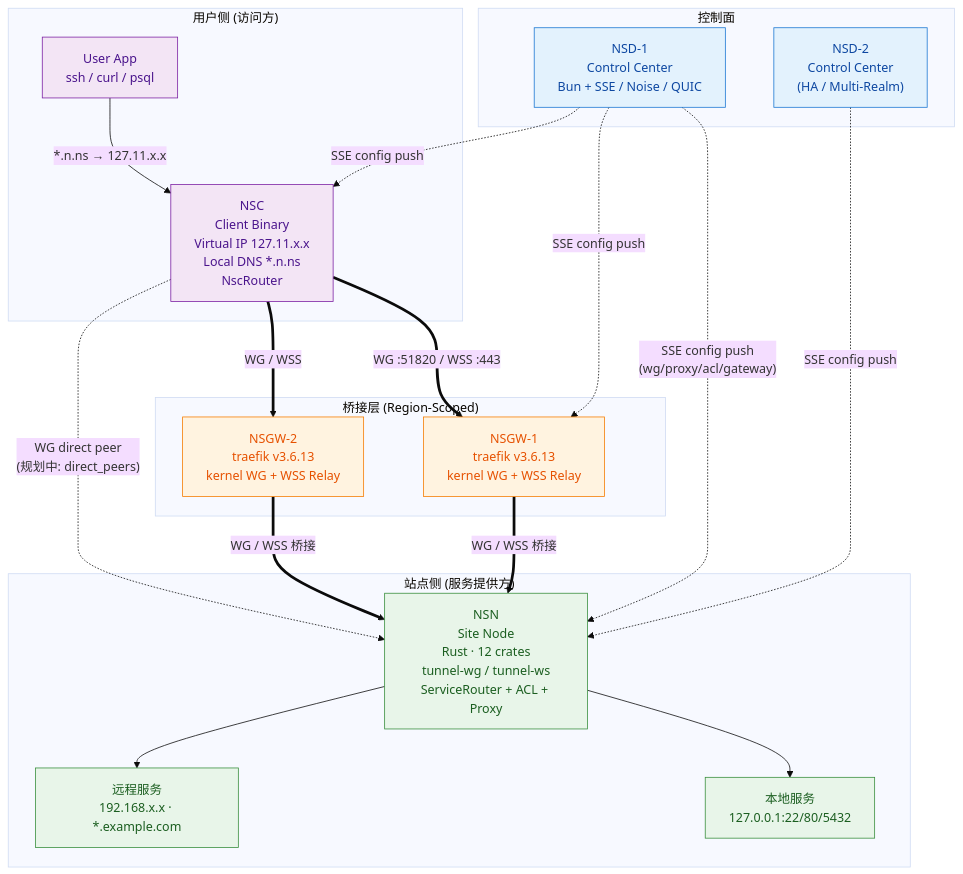
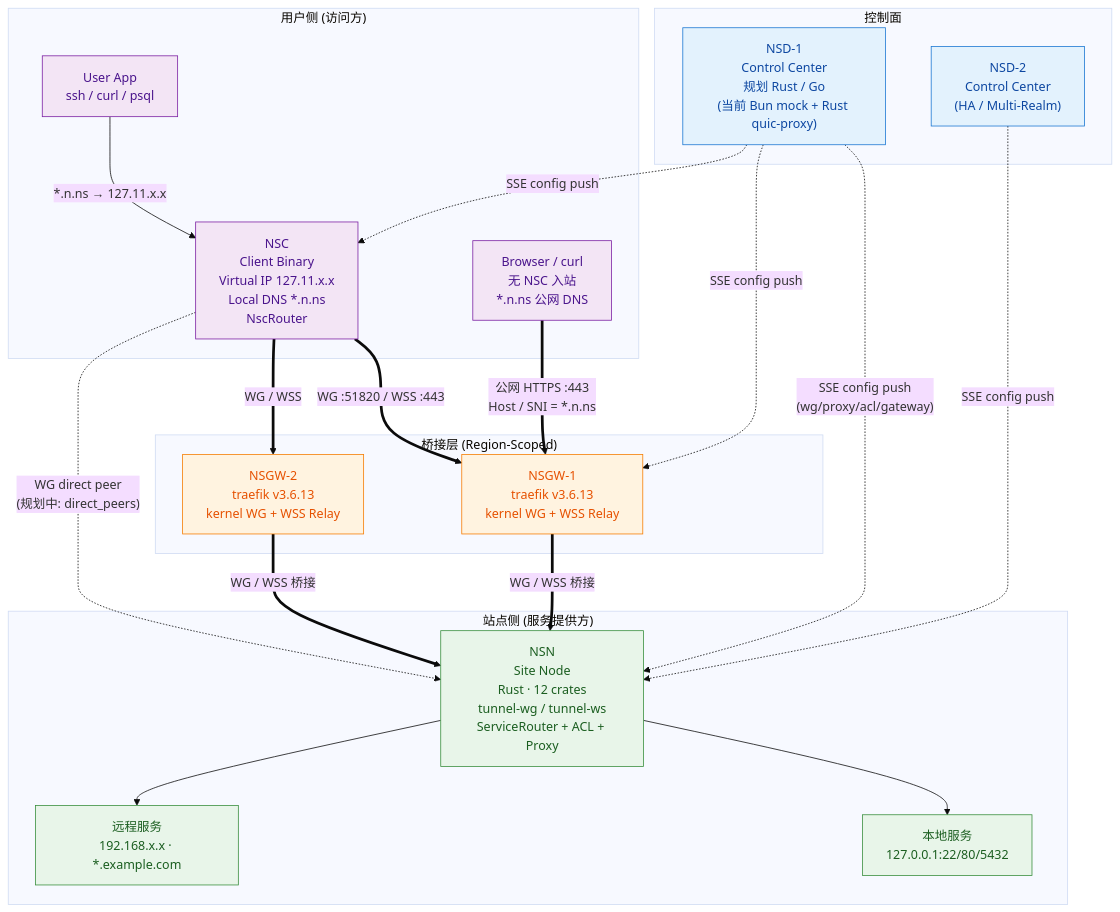
Before and after one commit to nsiod/docs: the diagram in docs/01-overview/diagrams/ecosystem.mmd, drawn with Mermaid (base theme). The commit also changed 2 other files, not shown here.

Commit message:
docs(overview): add NSC-less HTTPS ingress path and fix NSD stack note
Two gaps in the system overview:

1. NSD is described as "Bun/TS mock + Rust QUIC subprocess" without
   making clear that the target implementation language is Rust or Go;
   the Bun/TS stack is only there because no production NSD exists yet.
   Reword the tech-stack cells so readers understand the mock-vs-target
   split.

2. The top-level diagram only showed the NSC→NSGW→NSN data-plane path
   and omitted the NSC-less HTTPS ingress that NSGW supports via
   traefik Host / SNI routing. Browsers and curl can reach
   https://<name>.n.ns/ directly when the site opts into public HTTPS
   exposure; this is already documented in dns-naming.md but was
   missing from the overview.

Update the inline diagram, the ecosystem.mmd source, the component
interaction matrix, and add a dedicated "无 NSC 入站 (Browser → NSGW
→ NSN)" subsection spelling out the preconditions and trade-offs
(loss of VIP isolation, TLS terminated at NSGW, HTTP-only).

```diff
--- a/docs/01-overview/diagrams/ecosystem.mmd
+++ b/docs/01-overview/diagrams/ecosystem.mmd
@@ -1,50 +1,55 @@
 %% NSIO 生态四组件关系图
 %% 用途: 说明 NSD/NSGW/NSN/NSC 四个组件的职责边界与连接关系
 graph TB
     subgraph Control["控制面"]
-        NSD1["NSD-1<br/>Control Center<br/>Bun + SSE / Noise / QUIC"]
+        NSD1["NSD-1<br/>Control Center<br/>规划 Rust / Go<br/>(当前 Bun mock + Rust quic-proxy)"]
         NSD2["NSD-2<br/>Control Center<br/>(HA / Multi-Realm)"]
     end
 
     subgraph Bridge["桥接层 (Region-Scoped)"]
         GW1["NSGW-1<br/>traefik v3.6.13<br/>kernel WG + WSS Relay"]
         GW2["NSGW-2<br/>traefik v3.6.13<br/>kernel WG + WSS Relay"]
     end
 
     subgraph Site["站点侧 (服务提供方)"]
         NSN["NSN<br/>Site Node<br/>Rust · 12 crates<br/>tunnel-wg / tunnel-ws<br/>ServiceRouter + ACL + Proxy"]
         LOCAL["本地服务<br/>127.0.0.1:22/80/5432"]
         REMOTE["远程服务<br/>192.168.x.x · *.example.com"]
     end
 
     subgraph User["用户侧 (访问方)"]
         NSC["NSC<br/>Client Binary<br/>Virtual IP 127.11.x.x<br/>Local DNS *.n.ns<br/>NscRouter"]
         APP["User App<br/>ssh / curl / psql"]
+        BROWSER["Browser / curl<br/>无 NSC 入站<br/>*.n.ns 公网 DNS"]
     end
 
     NSD1 -. "SSE config push<br/>(wg/proxy/acl/gateway)" .-> NSN
     NSD2 -. "SSE config push" .-> NSN
     NSD1 -. "SSE config push" .-> GW1
     NSD1 -. "SSE config push" .-> NSC
 
     APP -->|"*.n.ns → 127.11.x.x"| NSC
     NSC ==>|"WG :51820 / WSS :443"| GW1
     NSC ==>|"WG / WSS"| GW2
     GW1 ==>|"WG / WSS 桥接"| NSN
     GW2 ==>|"WG / WSS 桥接"| NSN
 
     %% 直连路径: WG PeerConfig 机制层面支持任意 endpoint,
     %% 双方可达时 NSC 与 NSN 可直接对等; 控制面下发 direct_peers 为规划中能力
     NSC -. "WG direct peer<br/>(规划中: direct_peers)" .-> NSN
 
+    %% 无 NSC 入站: 浏览器/curl 直接打 NSGW :443,
+    %% traefik 读 Host / SNI 后桥接到目标 NSN (站点主动对外暴露 HTTP/S 的场景)
+    BROWSER ==>|"公网 HTTPS :443<br/>Host / SNI = *.n.ns"| GW1
+
     NSN --> LOCAL
     NSN --> REMOTE
 
     classDef ctrl fill:#e3f2fd,stroke:#1976d2,color:#0d47a1
     classDef gw fill:#fff3e0,stroke:#f57c00,color:#e65100
     classDef site fill:#e8f5e9,stroke:#388e3c,color:#1b5e20
     classDef user fill:#f3e5f5,stroke:#7b1fa2,color:#4a148c
     class NSD1,NSD2 ctrl
     class GW1,GW2 gw
     class NSN,LOCAL,REMOTE site
-    class NSC,APP user
+    class NSC,APP,BROWSER user
```
